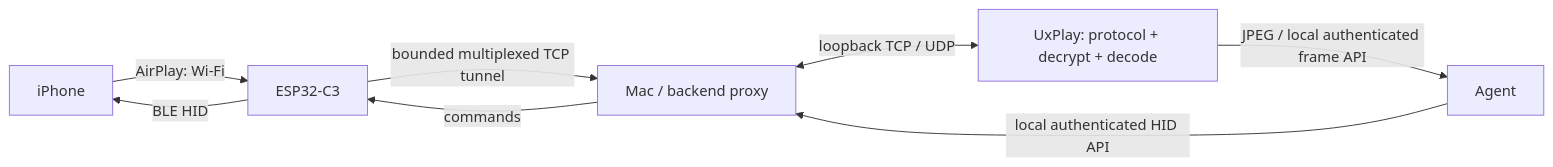
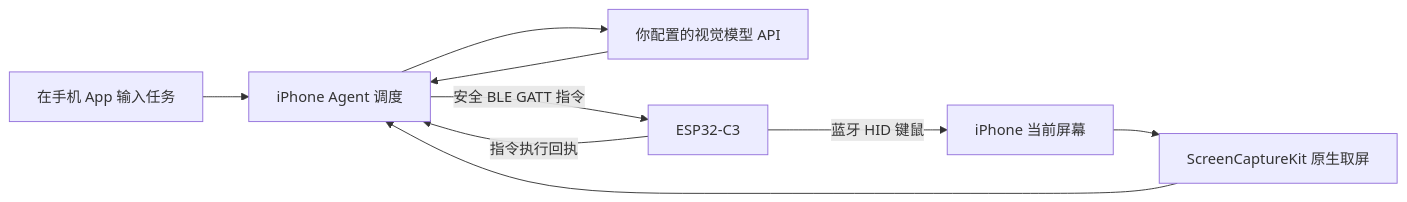
One commit to ZhaoYangGG/c3-airbridge changed the diagram in README.md. Above: the diagram before and after it, drawn with Mermaid. The commit also changed other lines of this file and 60 other files, not shown here.

Commit message:
Move experimental agent onto iPhone and guard C3 hardware identity

````diff
--- a/README.md
+++ b/README.md
@@ -11,10 +7,11 @@
 ```mermaid
 flowchart LR
-    I[iPhone] -->|AirPlay: Wi-Fi| C[ESP32-C3]
-    C -->|bounded multiplexed TCP tunnel| B[Mac / backend proxy]
-    B <-->|loopback TCP / UDP| U[UxPlay: protocol + decrypt + decode]
-    U -->|JPEG / local authenticated frame API| A[Agent]
-    A -->|local authenticated HID API| B
-    B -->|commands| C
-    C -->|BLE HID| I
+    U[在手机 App 输入任务] --> A[iPhone Agent 调度]
+    S[iPhone 当前屏幕] --> C[ScreenCaptureKit 原生取屏]
+    C --> A
+    A --> M[你配置的视觉模型 API]
+    M --> A
+    A -->|安全 BLE GATT 指令| E[ESP32-C3]
+    E -->|蓝牙 HID 键鼠| S
+    E -->|指令执行回执| A
 ```
````
